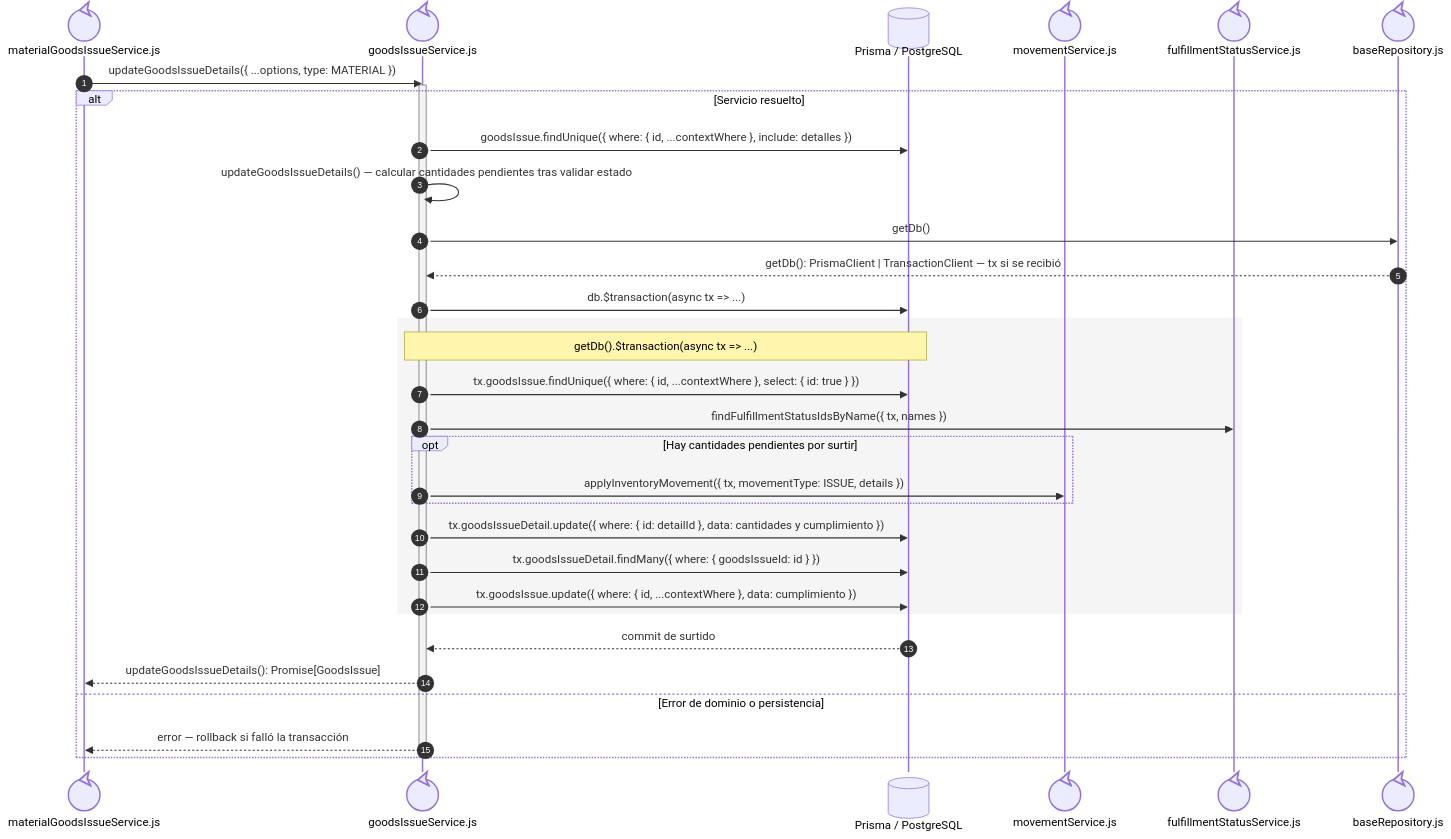
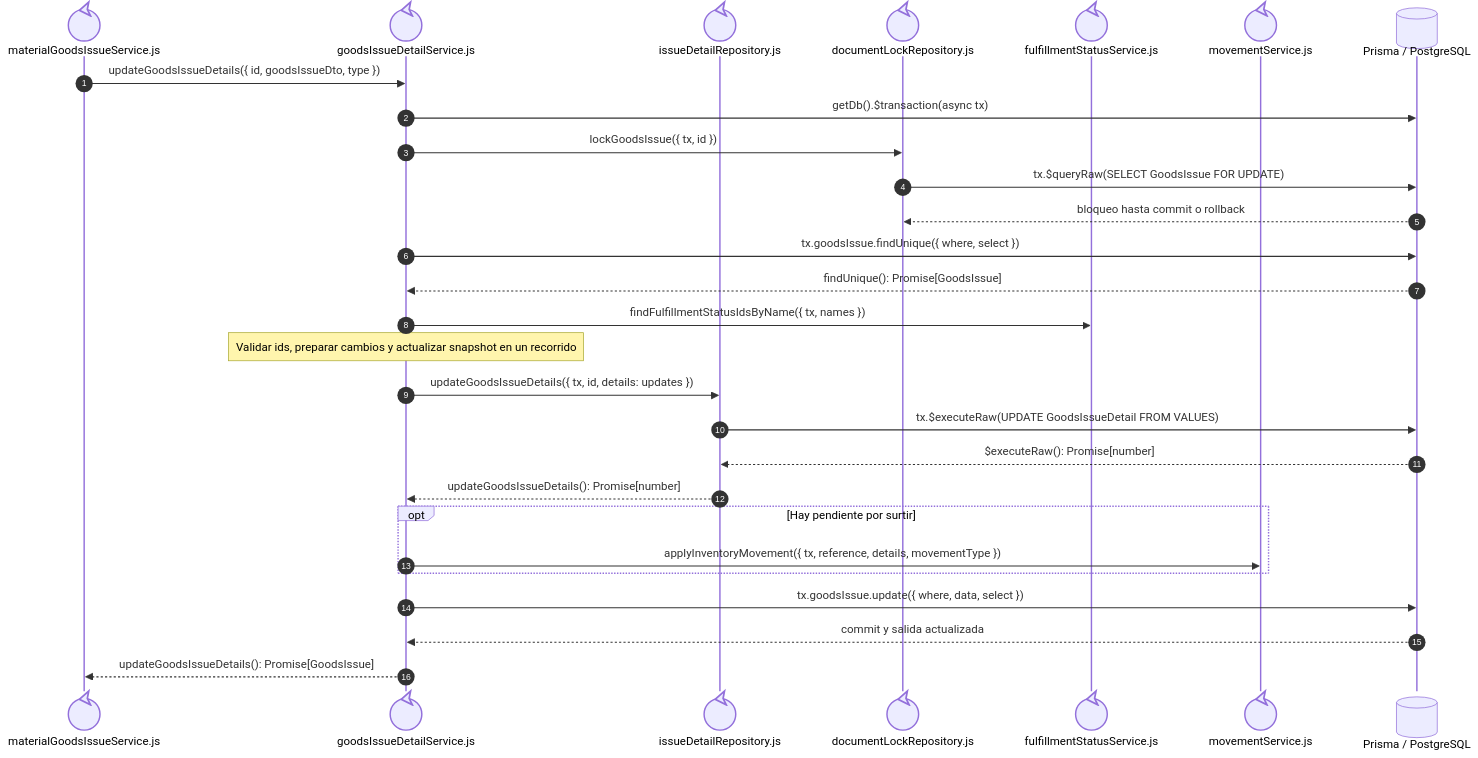
Before and after one commit to gpgsistemas01/nexus: the fourth of 6 diagrams in docs/architecture/views/processes/backend-code-sequences/issues/cu-sal-05.md, drawn with Mermaid. The commit also changed other lines of this file and 122 other files, not shown here.

````diff
--- a/docs/architecture/views/processes/backend-code-sequences/issues/cu-sal-05.md
+++ b/docs/architecture/views/processes/backend-code-sequences/issues/cu-sal-05.md
@@ -172,37 +175,30 @@
 ```mermaid
 sequenceDiagram
     autonumber
     participant Facade@{ "type": "control" } as materialGoodsIssueService.js
-    participant Core@{ "type": "control" } as goodsIssueService.js
+    participant Core@{ "type": "control" } as goodsIssueDetailService.js
+    participant DetailRepository@{ "type": "control" } as issueDetailRepository.js
+    participant DocumentLock@{ "type": "control" } as documentLockRepository.js
+    participant Fulfillment@{ "type": "control" } as fulfillmentStatusService.js
+    participant Inventory@{ "type": "control" } as movementService.js
     participant Prisma@{ "type": "database" } as Prisma / PostgreSQL
-    participant Inventory@{ "type": "control" } as movementService.js
-    participant Fulfillment@{ "type": "control" } as fulfillmentStatusService.js
-
-    participant FileBaseRepository@{ "type": "control" } as baseRepository.js
-
-    Facade->>Core: updateGoodsIssueDetails({ ...options, type: MATERIAL })
-    activate Core
-    alt Servicio resuelto
-        Core->>Prisma: goodsIssue.findUnique({ where: { id, ...contextWhere }, include: detalles })
-        Core->>Core: updateGoodsIssueDetails() — calcular cantidades pendientes tras validar estado
-        Core->>FileBaseRepository: getDb()
-        FileBaseRepository-->>Core: getDb(): PrismaClient | TransactionClient — tx si se recibió
-        Core->>Prisma: db.$transaction(async tx => ...)
-        rect rgb(245, 245, 245)
-            Note over Core,Prisma: getDb().$transaction(async tx => ...)
-            Core->>Prisma: tx.goodsIssue.findUnique({ where: { id, ...contextWhere }, select: { id: true } })
-            Core->>Fulfillment: findFulfillmentStatusIdsByName({ tx, names })
-            opt Hay cantidades pendientes por surtir
-                Core->>Inventory: applyInventoryMovement({ tx, movementType: ISSUE, details })
-            end
-            Core->>Prisma: tx.goodsIssueDetail.update({ where: { id: detailId }, data: cantidades y cumplimiento })
-            Core->>Prisma: tx.goodsIssueDetail.findMany({ where: { goodsIssueId: id } })
-            Core->>Prisma: tx.goodsIssue.update({ where: { id, ...contextWhere }, data: cumplimiento })
-        end
-        Prisma-->>Core: commit de surtido
-        Core-->>Facade: updateGoodsIssueDetails(): Promise[GoodsIssue]
-    else Error de dominio o persistencia
-        Core-->>Facade: error — rollback si falló la transacción
+    Facade->>Core: updateGoodsIssueDetails({ id, goodsIssueDto, type })
+    Core->>Prisma: getDb().$transaction(async tx)
+    Core->>DocumentLock: lockGoodsIssue({ tx, id })
+    DocumentLock->>Prisma: tx.$queryRaw(SELECT GoodsIssue FOR UPDATE)
+    Prisma-->>DocumentLock: bloqueo hasta commit o rollback
+    Core->>Prisma: tx.goodsIssue.findUnique({ where, select })
+    Prisma-->>Core: findUnique(): Promise[GoodsIssue]
+    Core->>Fulfillment: findFulfillmentStatusIdsByName({ tx, names })
+    Note over Core: Validar ids, preparar cambios y actualizar snapshot en un recorrido
+    Core->>DetailRepository: updateGoodsIssueDetails({ tx, id, details: updates })
+    DetailRepository->>Prisma: tx.$executeRaw(UPDATE GoodsIssueDetail FROM VALUES)
+    Prisma-->>DetailRepository: $executeRaw(): Promise[number]
+    DetailRepository-->>Core: updateGoodsIssueDetails(): Promise[number]
+    opt Hay pendiente por surtir
+        Core->>Inventory: applyInventoryMovement({ tx, reference, details, movementType })
     end
-    deactivate Core
+    Core->>Prisma: tx.goodsIssue.update({ where, data, select })
+    Prisma-->>Core: commit y salida actualizada
+    Core-->>Facade: updateGoodsIssueDetails(): Promise[GoodsIssue]
 ```
````
